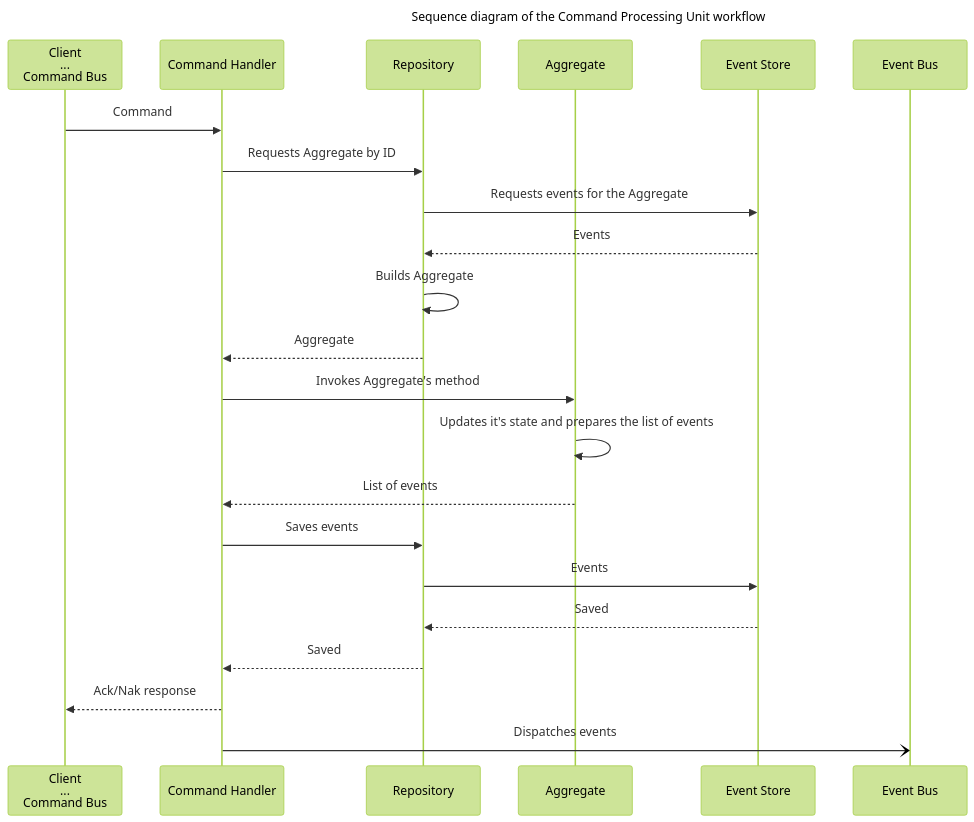
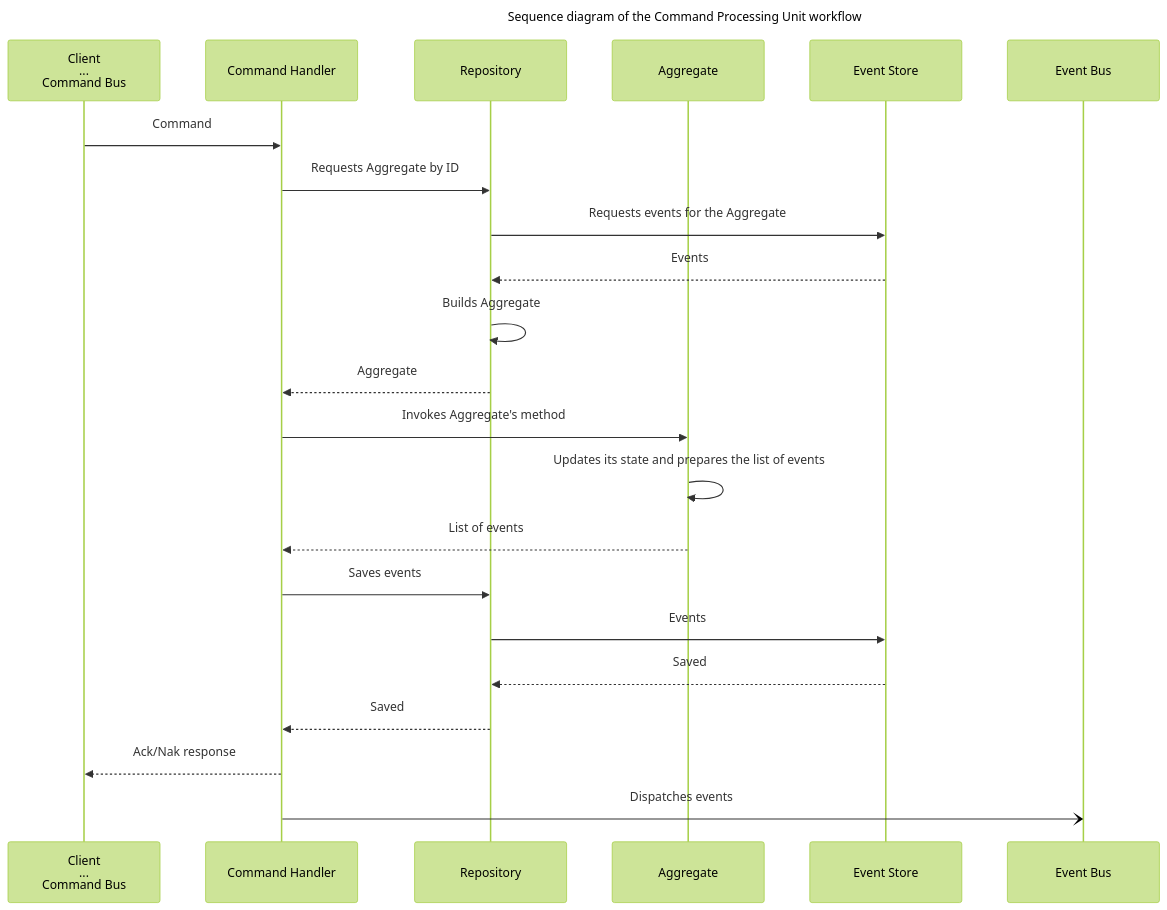
One commit to dmitryhruzin/CQRS-variations-test changed the second of 8 diagrams in docs/cqrs-modification.md. Above: the diagram before and after it, drawn with Mermaid (forest theme). The commit also changed other lines of this file and 1 other file, not shown here.

````diff
--- a/docs/cqrs-modification.md
+++ b/docs/cqrs-modification.md
@@ -28,28 +90,35 @@
 ```mermaid
 ---
 title: Sequence diagram of the Command Processing Unit workflow
+config:
+  sequence:
+    width: 200
+    height: 80
+    actorMargin: 60
+    boxMargin: 15
+    messageMargin: 45
 ---
   sequenceDiagram 
     participant c as Client<br>...<br>Command Bus
     participant ch as Command Handler
     participant r as Repository
     participant a as Aggregate
     participant es as Event Store
     participant eb as Event Bus
 
     c->>ch: Command
     ch->>r: Requests Aggregate by ID
     r->>es: Requests events for the Aggregate
     es-->>r: Events
     r->>r: Builds Aggregate
     r-->>ch: Aggregate
     ch->>a: Invokes Aggregate's method
-    a->>a: Updates it's state and prepares the list of events
+    a->>a: Updates its state and prepares the list of events
     a-->>ch: List of events
     ch->>r: Saves events
     r->>es: Events
     es-->>r: Saved
     r-->>ch: Saved
     ch-->>c: Ack/Nak response
     ch-)eb: Dispatches events
 ```
````
